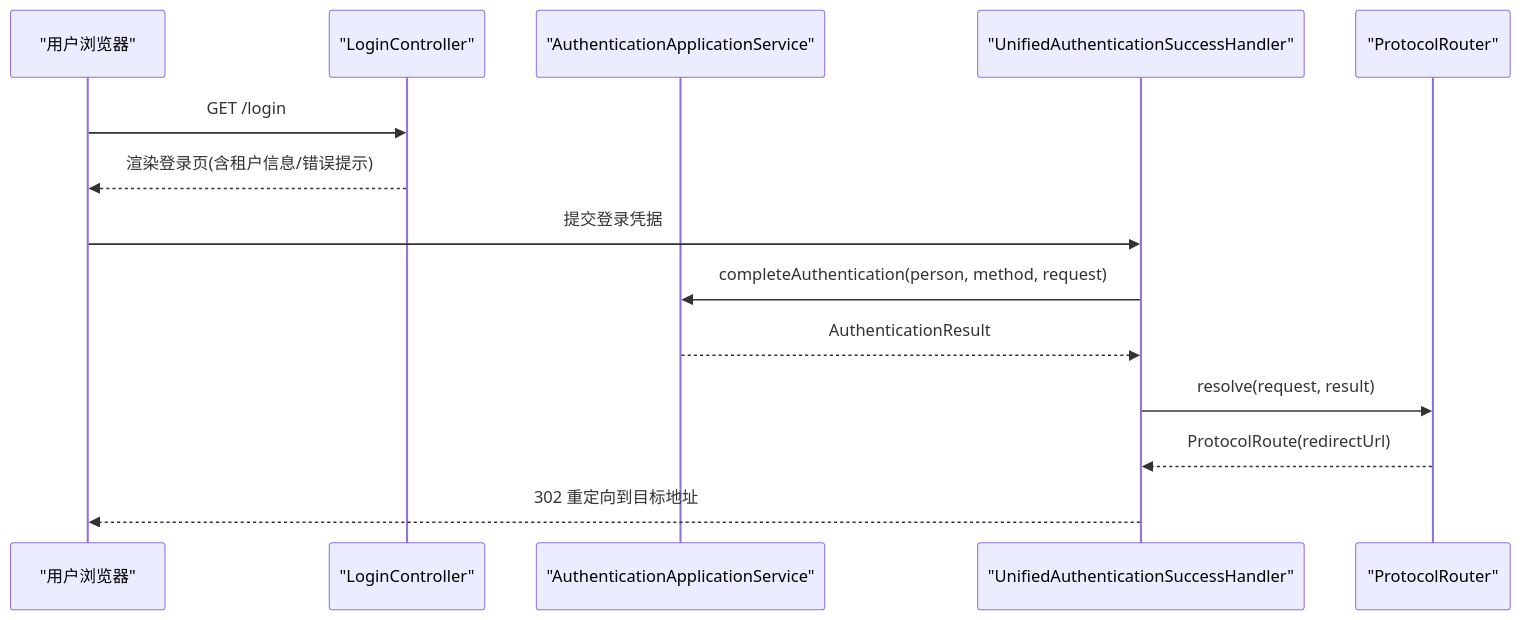
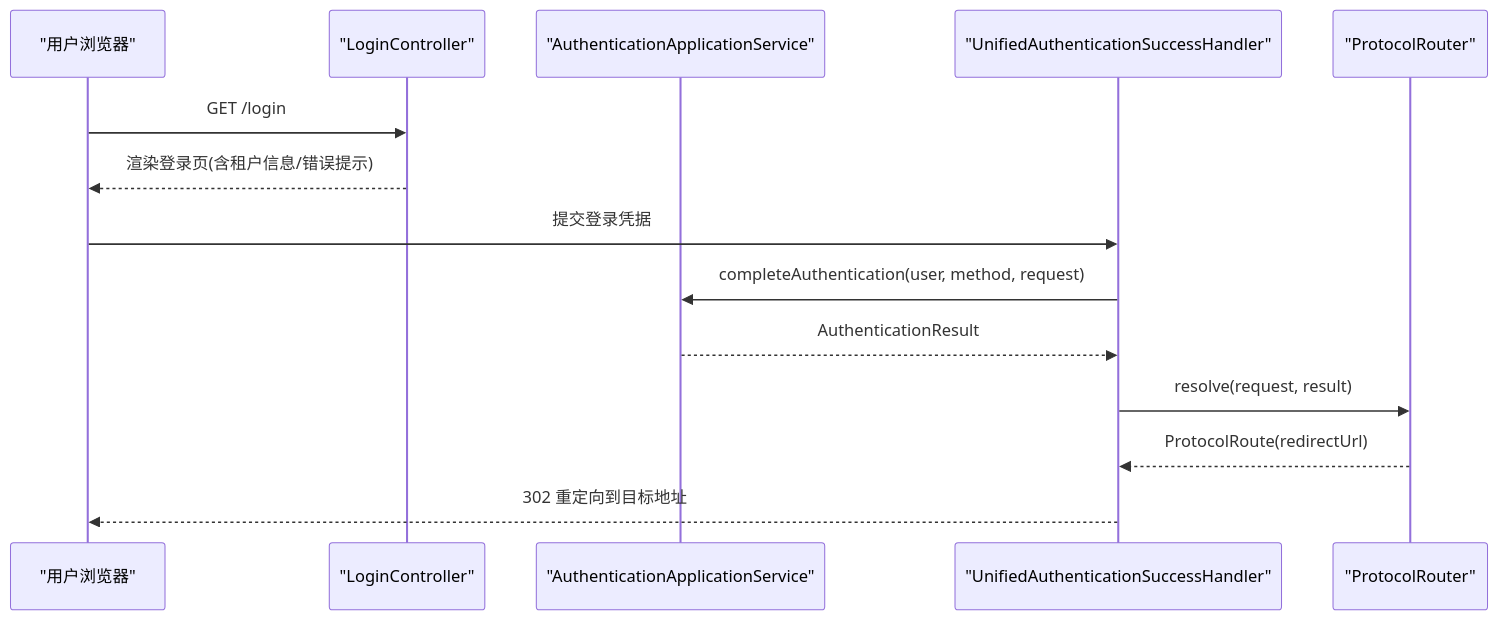
Before and after one commit to fq0121104930716/iam-platform: the sixth of 7 diagrams in .qoder/repowiki/zh/content/项目概述/核心功能/用户管理功能.md, drawn with Mermaid. The commit also changed other lines of this file and 75 other files, not shown here.

````diff
--- a/.qoder/repowiki/zh/content/项目概述/核心功能/用户管理功能.md
+++ b/.qoder/repowiki/zh/content/项目概述/核心功能/用户管理功能.md
@@ -322,16 +346,16 @@
 ```mermaid
 sequenceDiagram
 participant U as "用户浏览器"
 participant LC as "LoginController"
 participant AU as "AuthenticationApplicationService"
 participant UASH as "UnifiedAuthenticationSuccessHandler"
 participant PR as "ProtocolRouter"
 U->>LC : GET /login
 LC-->>U : 渲染登录页(含租户信息/错误提示)
 U->>UASH : 提交登录凭据
-UASH->>AU : completeAuthentication(person, method, request)
+UASH->>AU : completeAuthentication(user, method, request)
 AU-->>UASH : AuthenticationResult
 UASH->>PR : resolve(request, result)
 PR-->>UASH : ProtocolRoute(redirectUrl)
 UASH-->>U : 302 重定向到目标地址
 ```
````
